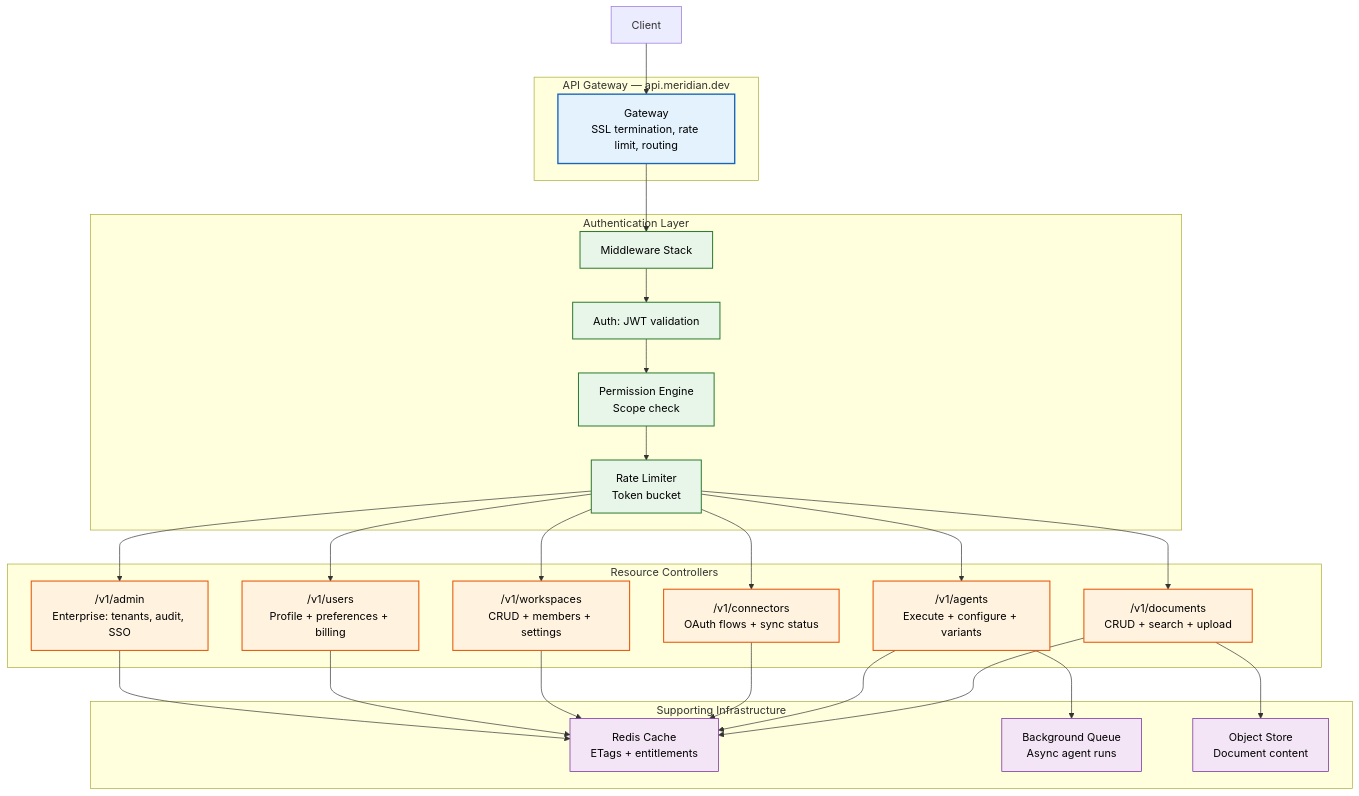
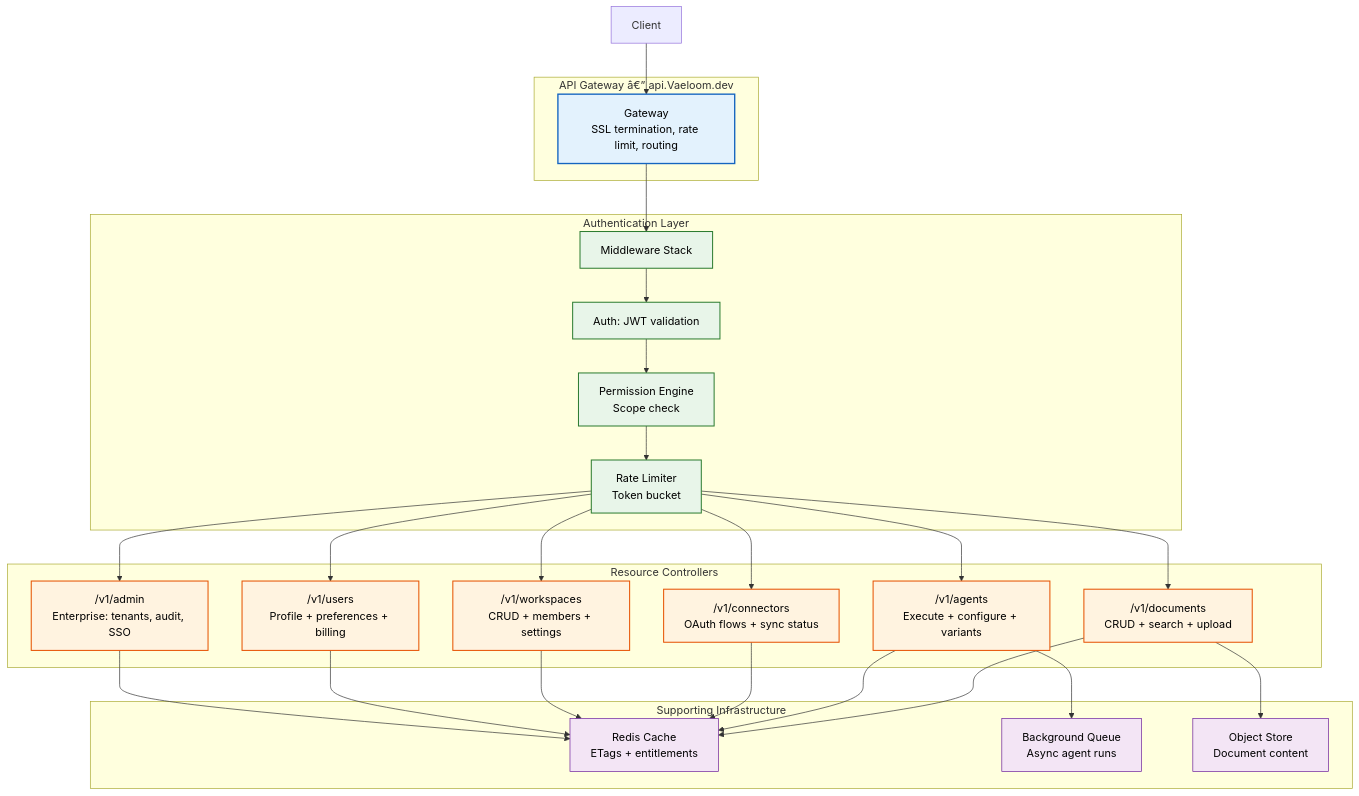
One commit to Driftloom/Vaeloom changed the first of 2 diagrams in Docs/Backend/API-Reference.md. Above: the diagram before and after it, drawn with Mermaid. The commit also changed other lines of this file and 249 other files, not shown here.

Commit message:
Rename all references from Meridian to Vaeloom across docs, scripts, and config

````diff
--- a/Docs/Backend/API-Reference.md
+++ b/Docs/Backend/API-Reference.md
@@ -16,46 +16,46 @@
 ```mermaid
 graph TD
     classDef gateway fill:#e3f2fd,stroke:#1565c0,color:#000,stroke-width:2px
     classDef auth fill:#e8f5e9,stroke:#2e7d32,color:#000,stroke-width:1.5px
     classDef resource fill:#fff3e0,stroke:#e65100,color:#000,stroke-width:1.5px
     classDef infra fill:#f3e5f5,stroke:#6a1b9a,color:#000,stroke-width:1px
 
-    subgraph Gateway["API Gateway — api.meridian.dev"]
+    subgraph Gateway["API Gateway â€” api.Vaeloom.dev"]
         GW["Gateway<br/>SSL termination, rate limit, routing"]
     end
 
     subgraph Auth["Authentication Layer"]
         MW["Middleware Stack"]
         AUTH["Auth: JWT validation"]
         PERM["Permission Engine<br/>Scope check"]
         RATE["Rate Limiter<br/>Token bucket"]
     end
 
     subgraph Resources["Resource Controllers"]
         DOC["/v1/documents<br/>CRUD + search + upload"]
         AGT["/v1/agents<br/>Execute + configure + variants"]
         CON["/v1/connectors<br/>OAuth flows + sync status"]
         WRK["/v1/workspaces<br/>CRUD + members + settings"]
         USR["/v1/users<br/>Profile + preferences + billing"]
         ADM["/v1/admin<br/>Enterprise: tenants, audit, SSO"]
     end
 
     subgraph Infra["Supporting Infrastructure"]
         CACHE["Redis Cache<br/>ETags + entitlements"]
         QUEUE["Background Queue<br/>Async agent runs"]
         STORE["Object Store<br/>Document content"]
     end
 
     Client["Client"] --> GW
     GW --> MW
     MW --> AUTH --> PERM --> RATE
     RATE --> DOC & AGT & CON & WRK & USR & ADM
     DOC & AGT & CON & WRK & USR & ADM --> CACHE
     AGT --> QUEUE
     DOC --> STORE
 
     class GW gateway
     class MW,AUTH,PERM,RATE auth
     class DOC,AGT,CON,WRK,USR,ADM resource
     class CACHE,QUEUE,STORE infra
 ```
````
